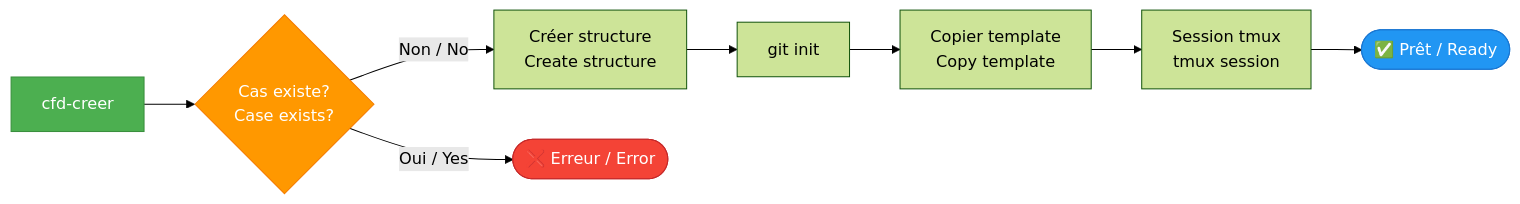
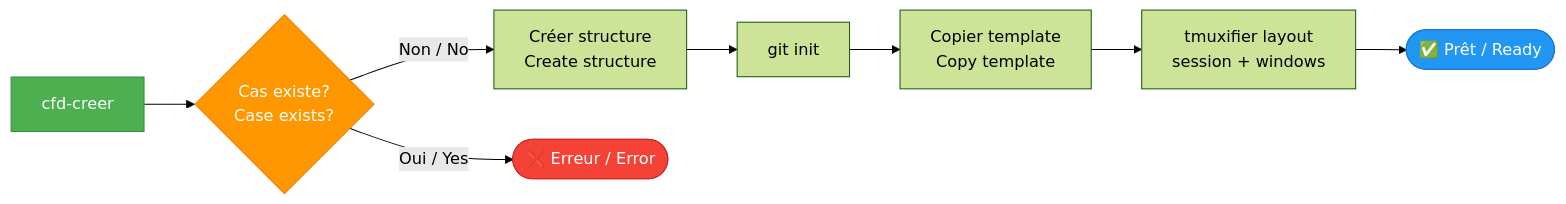
One commit to keryan-leguere/cfd-framework changed the first of 2 diagrams in docs/docs/guide/quickstart.md. Above: the diagram before and after it, drawn with Mermaid (forest theme). The commit also changed other lines of this file and 3 other files, not shown here.

````diff
--- a/docs/docs/guide/quickstart.md
+++ b/docs/docs/guide/quickstart.md
@@ -44,16 +44,16 @@
 ```mermaid
 graph LR
     Cmd[cfd-creer] --> Check{Cas existe?<br/>Case exists?}
     Check -->|Non / No| Create[Créer structure<br/>Create structure]
     Check -->|Oui / Yes| Error([❌ Erreur / Error])
     
     Create --> Git[git init]
     Git --> Template[Copier template<br/>Copy template]
-    Template --> Tmux[Session tmux<br/>tmux session]
-    Tmux --> Done([✅ Prêt / Ready])
+    Template --> Tmuxifier[tmuxifier layout<br/>session + windows]
+    Tmuxifier --> Done([✅ Prêt / Ready])
     
     style Cmd fill:#4caf50,stroke:#388e3c,color:#fff
     style Check fill:#ff9800,stroke:#f57c00,color:#fff
     style Done fill:#2196f3,stroke:#1976d2,color:#fff
     style Error fill:#f44336,stroke:#c62828,color:#fff
 ```
````
